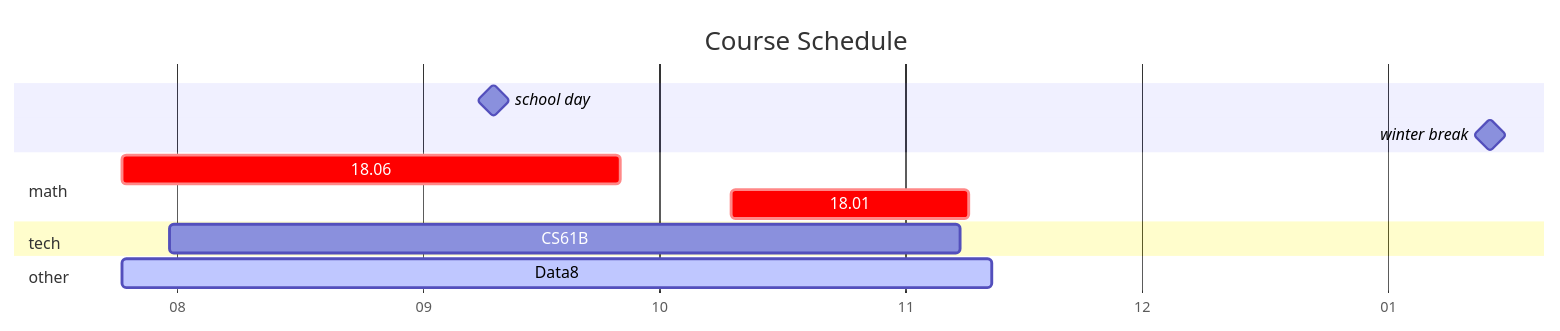
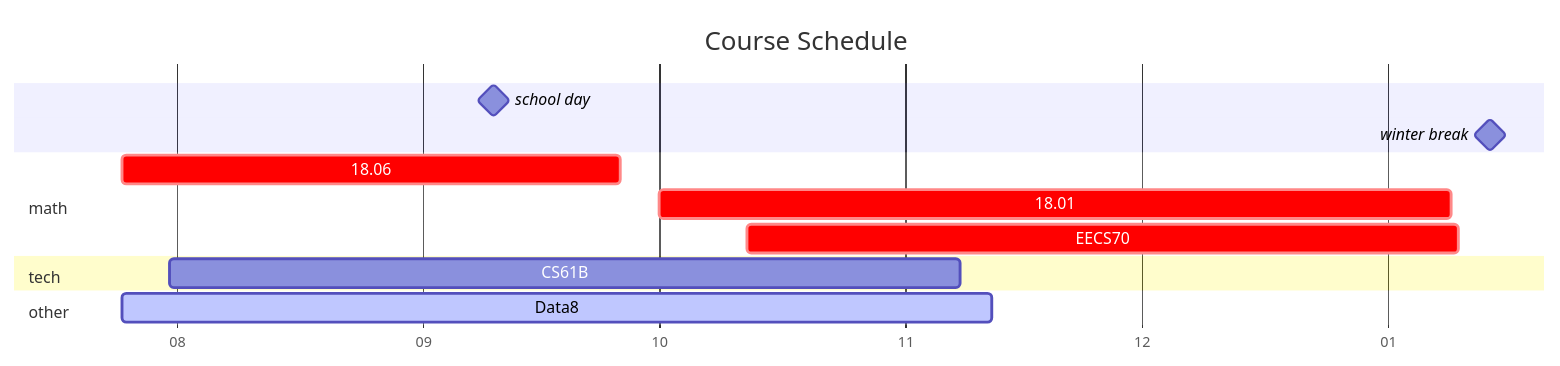
One commit to 2975459755/2975459755.github.io changed the diagram in _tabs/about.md. Above: the diagram before and after it, drawn with Mermaid.

````diff
--- a/_tabs/about.md
+++ b/_tabs/about.md
@@ -12,19 +12,20 @@
 ```mermaid
 gantt
   title  Course Schedule
   dateFormat MM-DD
   axisFormat %m
 
   school day  :	milestone, 09-10, 1m
   winter break: milestone, w, 2024-01-14, 1m
 
   section math
   18.06 			: crit, a, 07-25, 63d
-  18.01       : crit, b, 10-10, 30d
+  18.01       : crit, b, 10-01, 100d
+  EECS70      : crit, d, 10-12, 90d
 
   section tech
   CS61B 			:		61b,	07-31, 100d
 
   section other
   Data8 			: active, d8, 07-25, 110d
 ```
````
